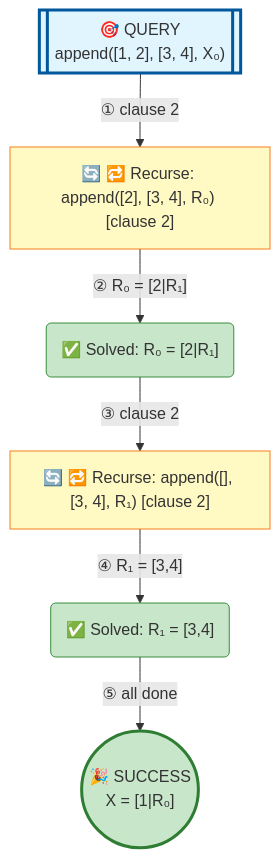
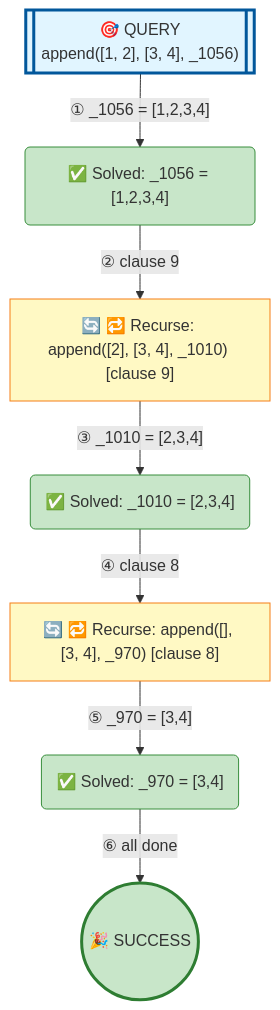
Before and after one commit to jarecsni/prolog-trace-viz: the diagram in examples/append-standard.md, drawn with Mermaid. The commit also changed other lines of this file and 26 other files, not shown here.

````diff
--- a/examples/append-standard.md
+++ b/examples/append-standard.md
@@ -16,26 +16,29 @@
 ```mermaid
 graph TD
 
 %% Nodes
-A[["🎯 QUERY<br/>append([1, 2], [3, 4], X₀)"]]
-B["🔄 🔁 Recurse: append([2], [3, 4], R₀) [clause 2]"]
-C("✅ Solved: R₀ = [2|R₁]")
-D["🔄 🔁 Recurse: append([], [3, 4], R₁) [clause 2]"]
-E("✅ Solved: R₁ = [3,4]")
-F(("🎉 SUCCESS<br/>X = [1|R₀]"))
+A[["🎯 QUERY<br/>append([1, 2], [3, 4], _1056)"]]
+B("✅ Solved: _1056 = [1,2,3,4]")
+C["🔄 🔁 Recurse: append([2], [3, 4], _1010) [clause 9]"]
+D("✅ Solved: _1010 = [2,3,4]")
+E["🔄 🔁 Recurse: append([], [3, 4], _970) [clause 8]"]
+F("✅ Solved: _970 = [3,4]")
+G(("🎉 SUCCESS"))
 
 %% Edges
-A -->|"① clause 2"| B
-B -->|"② R₀ = [2|R₁]"| C
-C -->|"③ clause 2"| D
-D -->|"④ R₁ = [3,4]"| E
-E -->|"⑤ all done"| F
+A -->|"① _1056 = [1,2,3,4]"| B
+B -->|"② clause 9"| C
+C -->|"③ _1010 = [2,3,4]"| D
+D -->|"④ clause 8"| E
+E -->|"⑤ _970 = [3,4]"| F
+F -->|"⑥ all done"| G
 
 %% Styles
 style A fill:#e1f5ff,stroke:#01579b,stroke-width:3px
-style B fill:#fff9c4,stroke:#f57f17
-style C fill:#c8e6c9,stroke:#388e3c
-style D fill:#fff9c4,stroke:#f57f17
-style E fill:#c8e6c9,stroke:#388e3c
-style F fill:#c8e6c9,stroke:#2e7d32,stroke-width:3px
+style B fill:#c8e6c9,stroke:#388e3c
+style C fill:#fff9c4,stroke:#f57f17
+style D fill:#c8e6c9,stroke:#388e3c
+style E fill:#fff9c4,stroke:#f57f17
+style F fill:#c8e6c9,stroke:#388e3c
+style G fill:#c8e6c9,stroke:#2e7d32,stroke-width:3px
 ```
````
